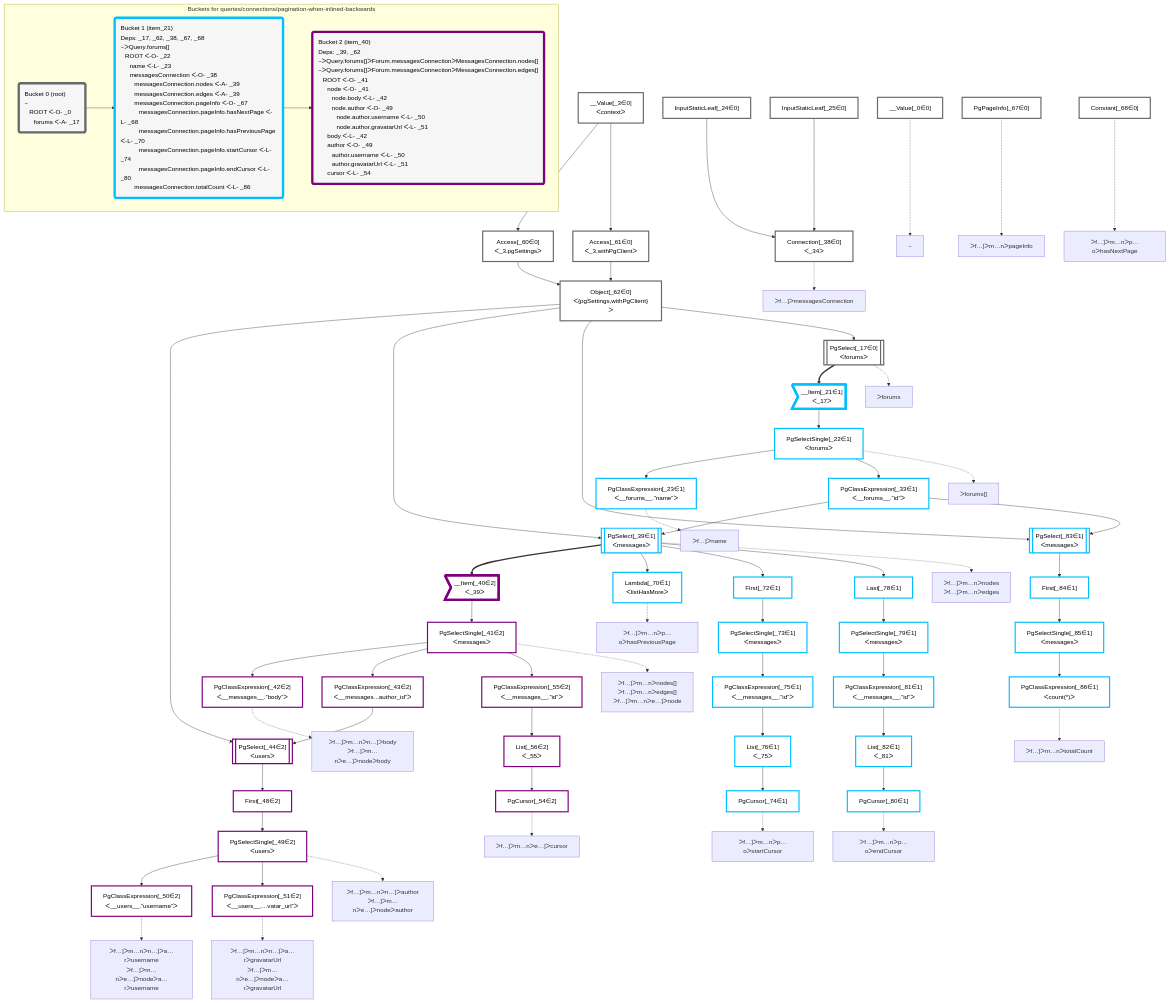
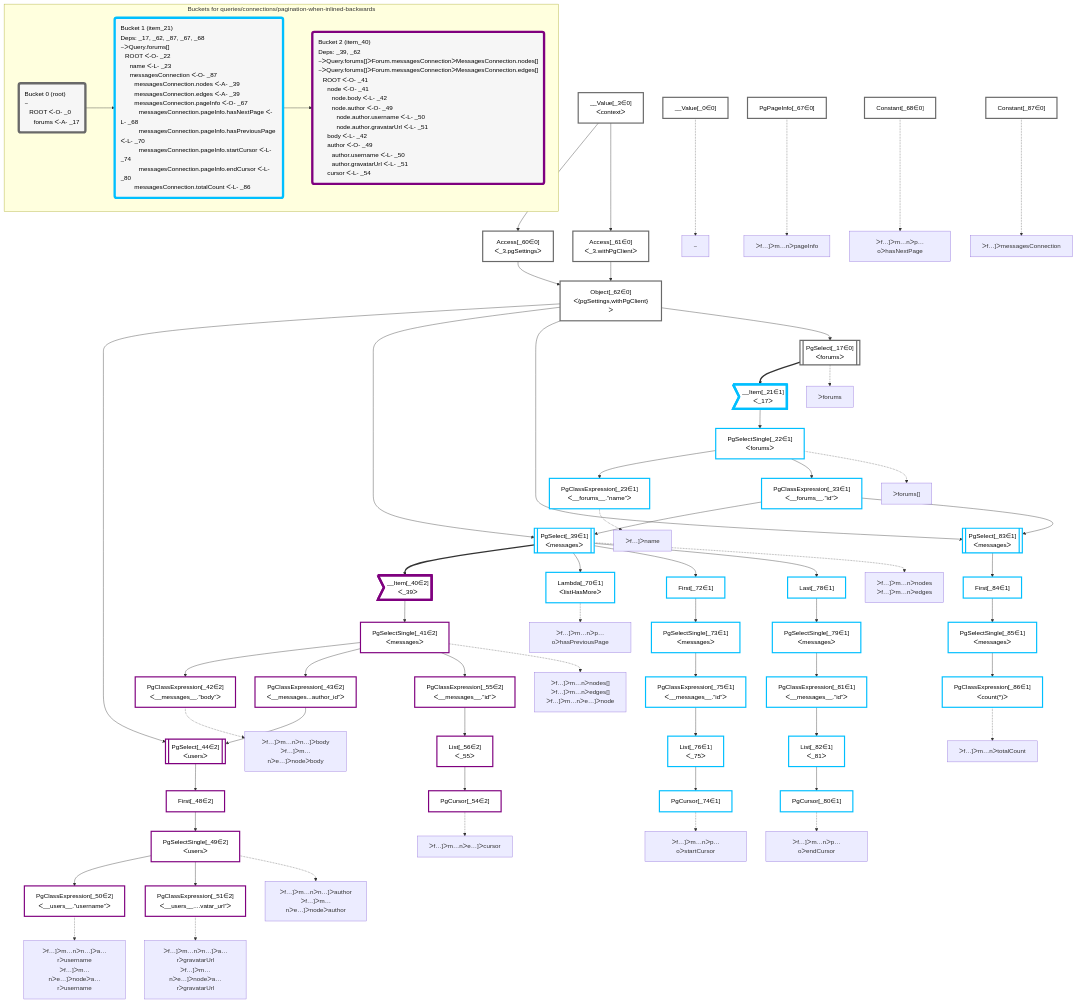
Before and after one commit to graphile/crystal: the diagram in packages/dataplan-pg/__tests__/queries/connections/pagination-when-inlined-backwards.deopt.mermaid.md, drawn with Mermaid. The commit also changed 57 other files, not shown here.

```diff
--- a/packages/dataplan-pg/__tests__/queries/connections/pagination-when-inlined-backwards.deopt.mermaid.md
+++ b/packages/dataplan-pg/__tests__/queries/connections/pagination-when-inlined-backwards.deopt.mermaid.md
@@ -46,9 +46,7 @@
     Access_60["Access[_60∈0]<br />ᐸ_3.pgSettingsᐳ"]:::plan
     Access_61["Access[_61∈0]<br />ᐸ_3.withPgClientᐳ"]:::plan
     __Value_3["__Value[_3∈0]<br />ᐸcontextᐳ"]:::plan
-    Connection_38["Connection[_38∈0]<br />ᐸ_34ᐳ"]:::plan
-    InputStaticLeaf_24["InputStaticLeaf[_24∈0]"]:::plan
-    InputStaticLeaf_25["InputStaticLeaf[_25∈0]"]:::plan
+    Constant_87["Constant[_87∈0]"]:::plan
     PgPageInfo_67["PgPageInfo[_67∈0]"]:::plan
     Constant_68["Constant[_68∈0]"]:::plan
 
@@ -89,7 +87,6 @@
     Access_60 & Access_61 --> Object_62
     __Value_3 --> Access_60
     __Value_3 --> Access_61
-    InputStaticLeaf_24 & InputStaticLeaf_25 --> Connection_38
 
     %% plan-to-path relationships
     P_0["~"]
@@ -100,8 +97,6 @@
     PgSelectSingle_22 -.-> P_22
     P_23["ᐳf…]ᐳname"]
     PgClassExpression_23 -.-> P_23
-    P_38["ᐳf…]ᐳmessagesConnection"]
-    Connection_38 -.-> P_38
     P_39["ᐳf…]ᐳm…nᐳnodes<br />ᐳf…]ᐳm…nᐳedges"]
     PgSelect_39 -.-> P_39
     P_41["ᐳf…]ᐳm…nᐳnodes[]<br />ᐳf…]ᐳm…nᐳedges[]<br />ᐳf…]ᐳm…nᐳe…]ᐳnode"]
@@ -128,12 +123,14 @@
     PgCursor_80 -.-> P_80
     P_86["ᐳf…]ᐳm…nᐳtotalCount"]
     PgClassExpression_86 -.-> P_86
+    P_87["ᐳf…]ᐳmessagesConnection"]
+    Constant_87 -.-> P_87
 
     subgraph "Buckets for queries/connections/pagination-when-inlined-backwards"
     Bucket0("Bucket 0 (root)<br />~<br />⠀ROOT ᐸ-O- _0<br />⠀⠀forums ᐸ-A- _17"):::bucket
     classDef bucket0 stroke:#696969
-    class Bucket0,__Value_0,__Value_3,PgSelect_17,InputStaticLeaf_24,InputStaticLeaf_25,Connection_38,Access_60,Access_61,Object_62,PgPageInfo_67,Constant_68 bucket0
-    Bucket1("Bucket 1 (item_21)<br />Deps: _17, _62, _38, _67, _68<br />~ᐳQuery.forums[]<br />⠀ROOT ᐸ-O- _22<br />⠀⠀name ᐸ-L- _23<br />⠀⠀messagesConnection ᐸ-O- _38<br />⠀⠀⠀messagesConnection.nodes ᐸ-A- _39<br />⠀⠀⠀messagesConnection.edges ᐸ-A- _39<br />⠀⠀⠀messagesConnection.pageInfo ᐸ-O- _67<br />⠀⠀⠀⠀messagesConnection.pageInfo.hasNextPage ᐸ-L- _68<br />⠀⠀⠀⠀messagesConnection.pageInfo.hasPreviousPage ᐸ-L- _70<br />⠀⠀⠀⠀messagesConnection.pageInfo.startCursor ᐸ-L- _74<br />⠀⠀⠀⠀messagesConnection.pageInfo.endCursor ᐸ-L- _80<br />⠀⠀⠀messagesConnection.totalCount ᐸ-L- _86"):::bucket
+    class Bucket0,__Value_0,__Value_3,PgSelect_17,Access_60,Access_61,Object_62,PgPageInfo_67,Constant_68,Constant_87 bucket0
+    Bucket1("Bucket 1 (item_21)<br />Deps: _17, _62, _87, _67, _68<br />~ᐳQuery.forums[]<br />⠀ROOT ᐸ-O- _22<br />⠀⠀name ᐸ-L- _23<br />⠀⠀messagesConnection ᐸ-O- _87<br />⠀⠀⠀messagesConnection.nodes ᐸ-A- _39<br />⠀⠀⠀messagesConnection.edges ᐸ-A- _39<br />⠀⠀⠀messagesConnection.pageInfo ᐸ-O- _67<br />⠀⠀⠀⠀messagesConnection.pageInfo.hasNextPage ᐸ-L- _68<br />⠀⠀⠀⠀messagesConnection.pageInfo.hasPreviousPage ᐸ-L- _70<br />⠀⠀⠀⠀messagesConnection.pageInfo.startCursor ᐸ-L- _74<br />⠀⠀⠀⠀messagesConnection.pageInfo.endCursor ᐸ-L- _80<br />⠀⠀⠀messagesConnection.totalCount ᐸ-L- _86"):::bucket
     classDef bucket1 stroke:#00bfff
     class Bucket1,__Item_21,PgSelectSingle_22,PgClassExpression_23,PgClassExpression_33,PgSelect_39,Lambda_70,First_72,PgSelectSingle_73,PgCursor_74,PgClassExpression_75,List_76,Last_78,PgSelectSingle_79,PgCursor_80,PgClassExpression_81,List_82,PgSelect_83,First_84,PgSelectSingle_85,PgClassExpression_86 bucket1
     Bucket2("Bucket 2 (item_40)<br />Deps: _39, _62<br />~ᐳQuery.forums[]ᐳForum.messagesConnectionᐳMessagesConnection.nodes[]<br />~ᐳQuery.forums[]ᐳForum.messagesConnectionᐳMessagesConnection.edges[]<br />⠀ROOT ᐸ-O- _41<br />⠀⠀node ᐸ-O- _41<br />⠀⠀⠀node.body ᐸ-L- _42<br />⠀⠀⠀node.author ᐸ-O- _49<br />⠀⠀⠀⠀node.author.username ᐸ-L- _50<br />⠀⠀⠀⠀node.author.gravatarUrl ᐸ-L- _51<br />⠀⠀body ᐸ-L- _42<br />⠀⠀author ᐸ-O- _49<br />⠀⠀⠀author.username ᐸ-L- _50<br />⠀⠀⠀author.gravatarUrl ᐸ-L- _51<br />⠀⠀cursor ᐸ-L- _54"):::bucket
```
